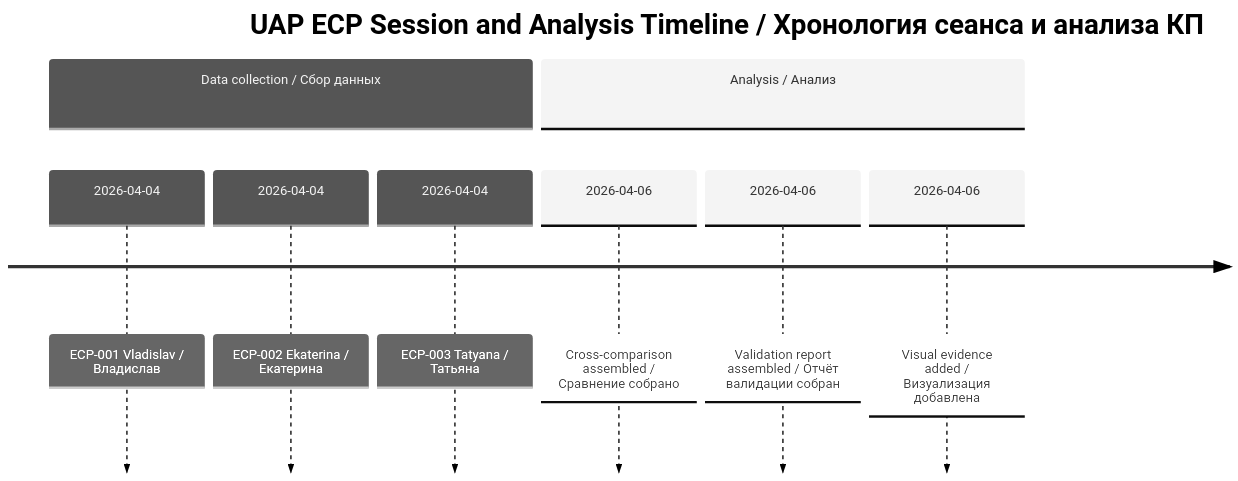
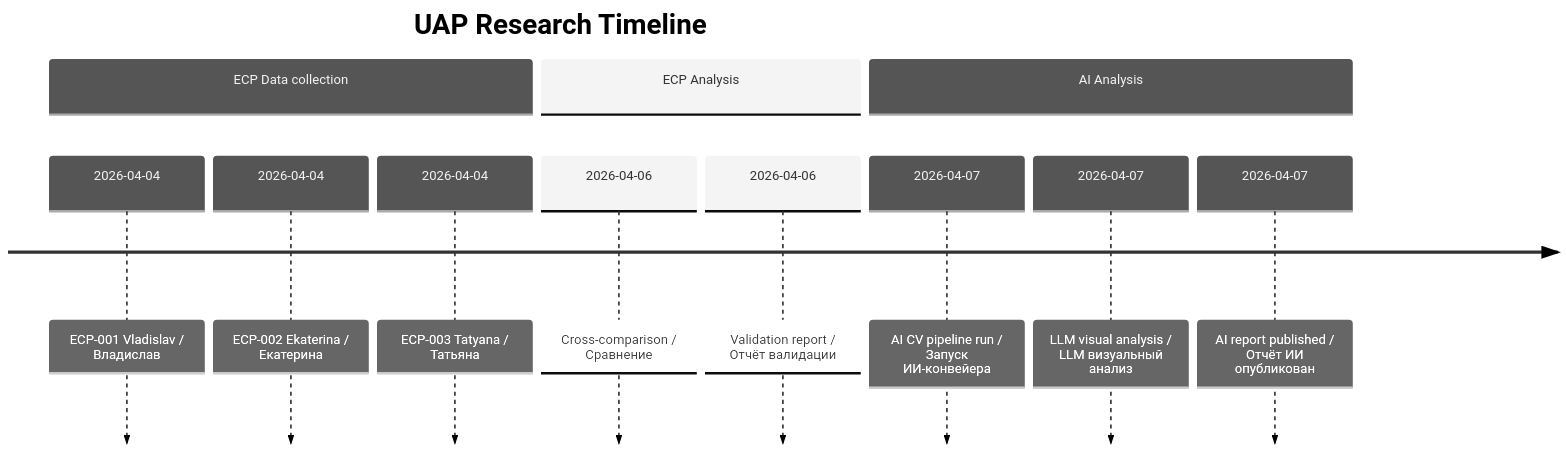
One commit to AdvancedScientificResearchProjects/UAP_Reverse_Engineering_Study changed the fifth of 5 diagrams in README.md. Above: the diagram before and after it, drawn with Mermaid (neutral theme). The commit also changed other lines of this file and 9 other files, not shown here.

````diff
--- a/README.md
+++ b/README.md
@@ -189,12 +221,15 @@
 ```mermaid
 timeline
-    title UAP ECP Session and Analysis Timeline / Хронология сеанса и анализа КП
-    section Data collection / Сбор данных
+    title UAP Research Timeline
+    section ECP Data collection
         2026-04-04 : ECP-001 Vladislav / Владислав
         2026-04-04 : ECP-002 Ekaterina / Екатерина
         2026-04-04 : ECP-003 Tatyana / Татьяна
-    section Analysis / Анализ
-        2026-04-06 : Cross-comparison assembled / Сравнение собрано
-        2026-04-06 : Validation report assembled / Отчёт валидации собран
-        2026-04-06 : Visual evidence added / Визуализация добавлена
+    section ECP Analysis
+        2026-04-06 : Cross-comparison / Сравнение
+        2026-04-06 : Validation report / Отчёт валидации
+    section AI Analysis
+        2026-04-07 : AI CV pipeline run / Запуск ИИ-конвейера
+        2026-04-07 : LLM visual analysis / LLM визуальный анализ
+        2026-04-07 : AI report published / Отчёт ИИ опубликован
 ```
````
